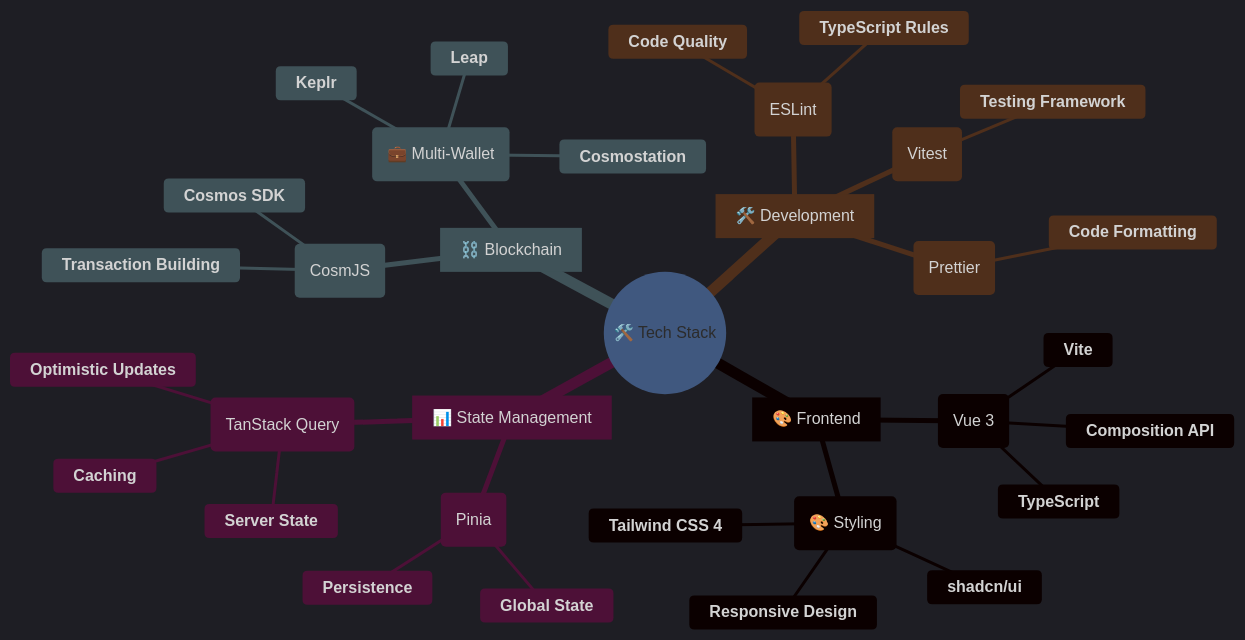
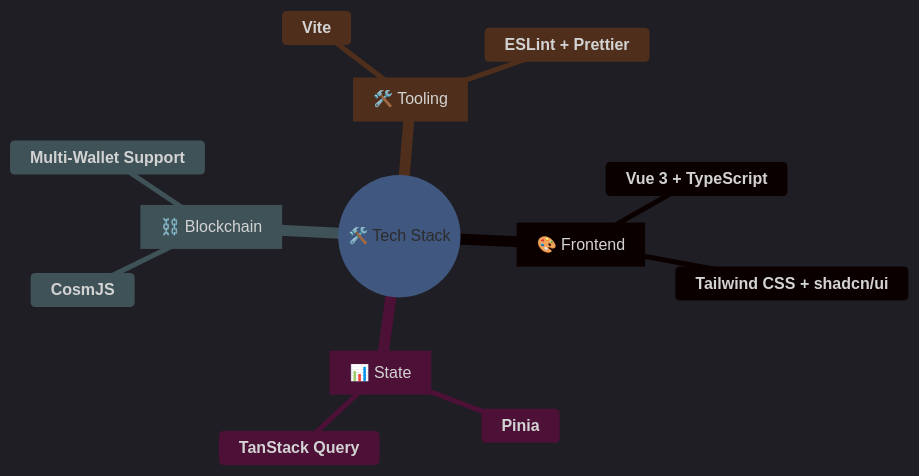
The first of 4 diagrams in packages/frontend-main/README.md (allinbits/dither.chat), drawn with Mermaid before and after one commit. The commit also changed other lines of this file, not shown here.

Commit message:
chore: cleanup charts

````diff
--- a/packages/frontend-main/README.md
+++ b/packages/frontend-main/README.md
@@ -82,38 +82,17 @@
 ```mermaid
 %%{init: {'theme':'dark', 'themeVariables': { 'primaryColor': '#1e40af', 'primaryTextColor': '#f8fafc', 'primaryBorderColor': '#60a5fa', 'lineColor': '#64748b', 'secondaryColor': '#1e293b', 'tertiaryColor': '#334155'}}}%%
 mindmap
   root((🛠️ Tech Stack))
     [🎨 Frontend]
-      (Vue 3)
-        **Composition API**
-        **TypeScript**
-        **Vite**
-      (🎨 Styling)
-        **Tailwind CSS 4**
-        **shadcn/ui**
-        **Responsive Design**
-    [📊 State Management]
-      (Pinia)
-        **Global State**
-        **Persistence**
-      (TanStack Query)
-        **Server State**
-        **Caching**
-        **Optimistic Updates**
+      **Vue 3 + TypeScript**
+      **Tailwind CSS + shadcn/ui**
+    [📊 State]
+      **Pinia**
+      **TanStack Query**
     [⛓️ Blockchain]
-      (CosmJS)
-        **Cosmos SDK**
-        **Transaction Building**
-      (💼 Multi-Wallet)
-        **Keplr**
-        **Leap**
-        **Cosmostation**
-    [🛠️ Development]
-      (ESLint)
-        **Code Quality**
-        **TypeScript Rules**
-      (Prettier)
-        **Code Formatting**
-      (Vitest)
-        **Testing Framework**
+      **CosmJS**
+      **Multi-Wallet Support**
+    [🛠️ Tooling]
+      **Vite**
+      **ESLint + Prettier**
 ```
````
